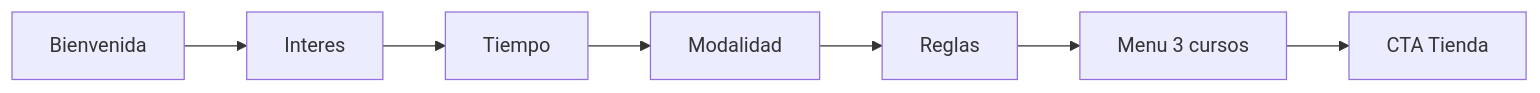
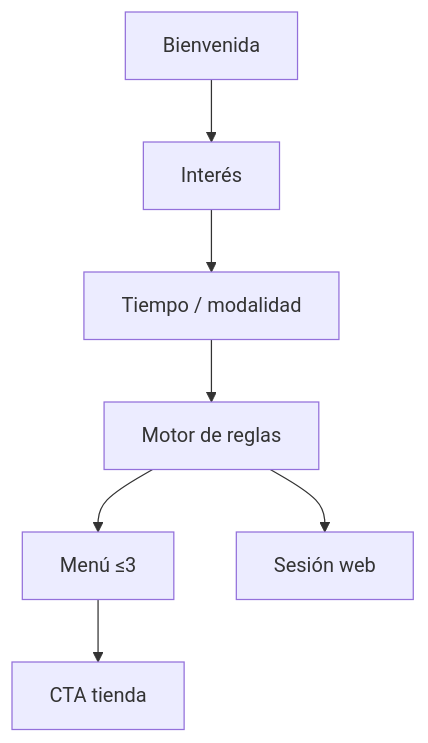
Before and after one commit to medellinwebsoluciones/web-ricardo: the diagram in docs/portfolio-briefs/arch/experiencia-recomendacion.mmd, drawn with Mermaid. The commit also changed 45 other files, not shown here.

```diff
--- a/docs/portfolio-briefs/arch/experiencia-recomendacion.mmd
+++ b/docs/portfolio-briefs/arch/experiencia-recomendacion.mmd
@@ -1,7 +1,7 @@
-flowchart LR
-  P1[Bienvenida] --> P2[Interes]
-  P2 --> P3[Tiempo]
-  P3 --> P4[Modalidad]
-  P4 --> Engine[Reglas]
-  Engine --> Menu[Menu 3 cursos]
-  Menu --> Store[CTA Tienda]
+flowchart TB
+  W[Bienvenida] --> I[Interés]
+  I --> T[Tiempo / modalidad]
+  T --> R[Motor de reglas]
+  R --> M[Menú ≤3]
+  M --> CTA[CTA tienda]
+  R --> S[Sesión web]
```
